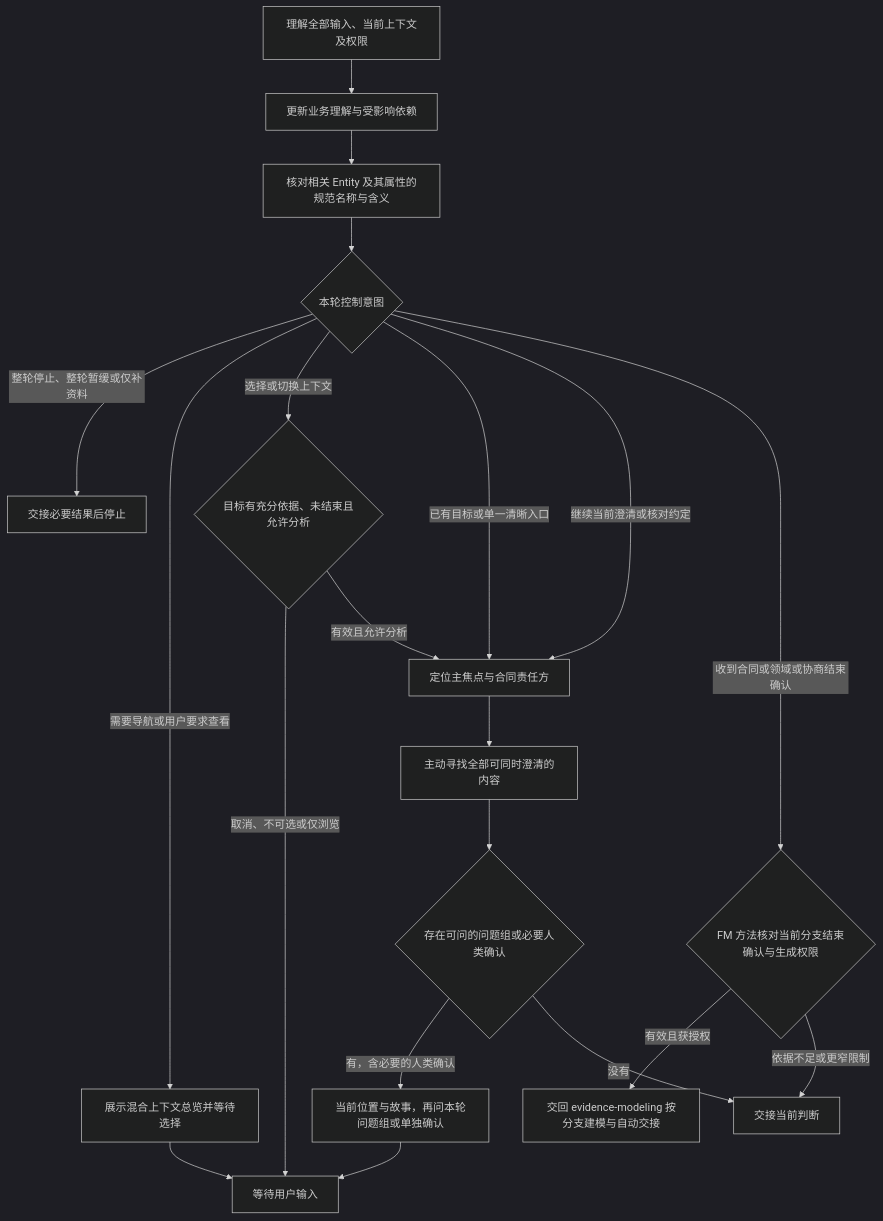
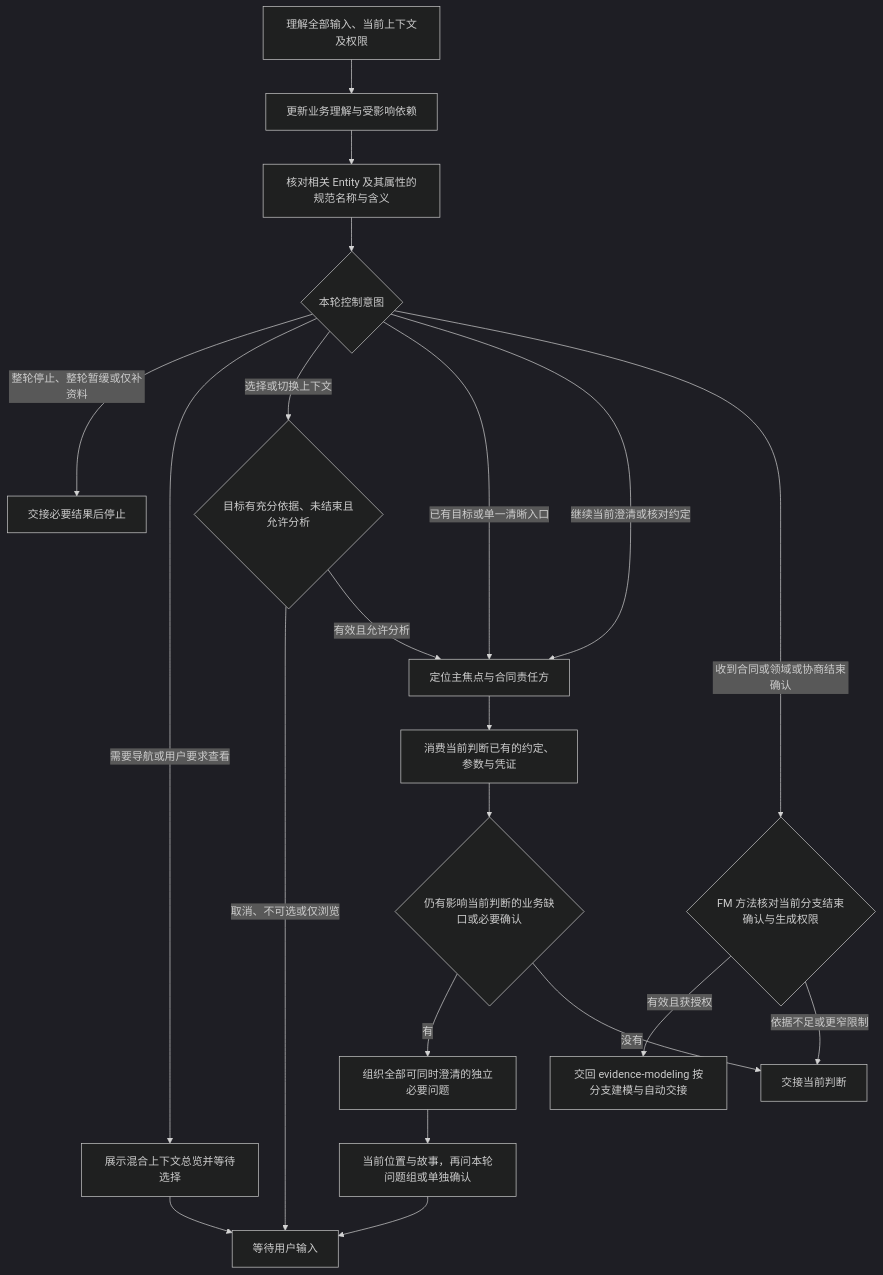
The diagram in .agents/skills/evidence-discovery/references/interview.md (JayClock/Evidence-Framework), drawn with Mermaid (dark theme) before and after one commit. The commit also changed other lines of this file and 27 other files, not shown here.

````diff
--- a/.agents/skills/evidence-discovery/references/interview.md
+++ b/.agents/skills/evidence-discovery/references/interview.md
@@ -9,37 +9,39 @@
 ```mermaid
 flowchart TD
     input[理解全部输入、当前上下文及权限]
     understanding[更新业务理解与受影响依赖]
     language[核对相关 Entity 及其属性的规范名称与含义]
     control{本轮控制意图}
     closure{FM 方法核对当前分支结束确认与生成权限}
     batch[交回 evidence-modeling 按分支建模与自动交接]
     navigation[展示混合上下文总览并等待选择]
     selection{目标有充分依据、未结束且允许分析}
     focus[定位主焦点与合同责任方]
-    group[主动寻找全部可同时澄清的内容]
-    needed{存在可问的问题组或必要人类确认}
+    reuse[消费当前判断已有的约定、参数与凭证]
+    needed{仍有影响当前判断的业务缺口或必要确认}
+    group[组织全部可同时澄清的独立必要问题]
     question[当前位置与故事，再问本轮问题组或单独确认]
     stop[交接必要结果后停止]
     handoff[交接当前判断]
     wait[等待用户输入]
     input --> understanding
     understanding --> language
     language --> control
     control -->|整轮停止、整轮暂缓或仅补资料| stop
     control -->|需要导航或用户要求查看| navigation
     control -->|选择或切换上下文| selection
     control -->|已有目标或单一清晰入口| focus
     control -->|继续当前澄清或核对约定| focus
     control -->|收到合同或领域或协商结束确认| closure
     closure -->|有效且获授权| batch
     closure -->|依据不足或更窄限制| handoff
     navigation --> wait
     selection -->|取消、不可选或仅浏览| wait
     selection -->|有效且允许分析| focus
-    focus --> group
-    group --> needed
-    needed -->|有，含必要的人类确认| question
+    focus --> reuse
+    reuse --> needed
+    needed -->|有| group
     needed -->|没有| handoff
+    group --> question
     question --> wait
 ```
````
